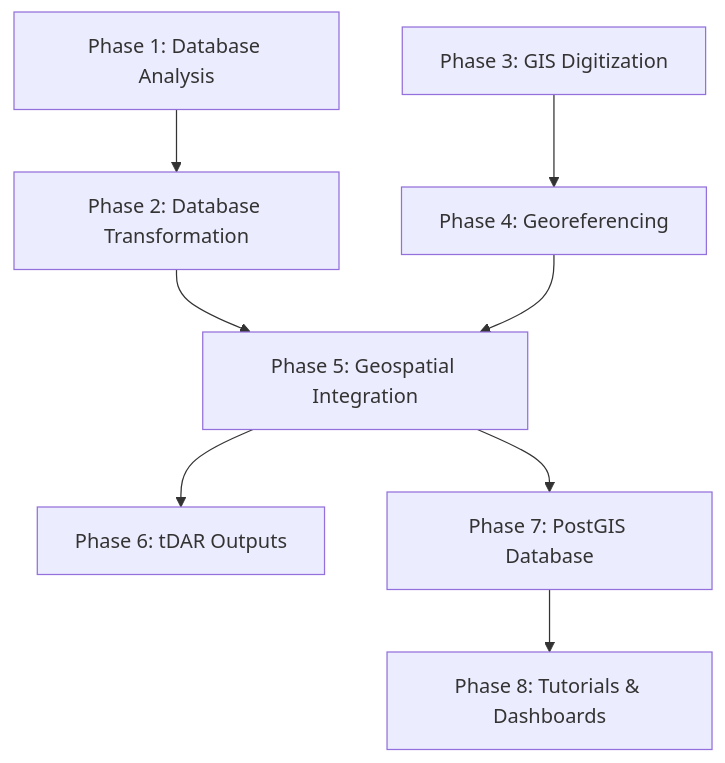
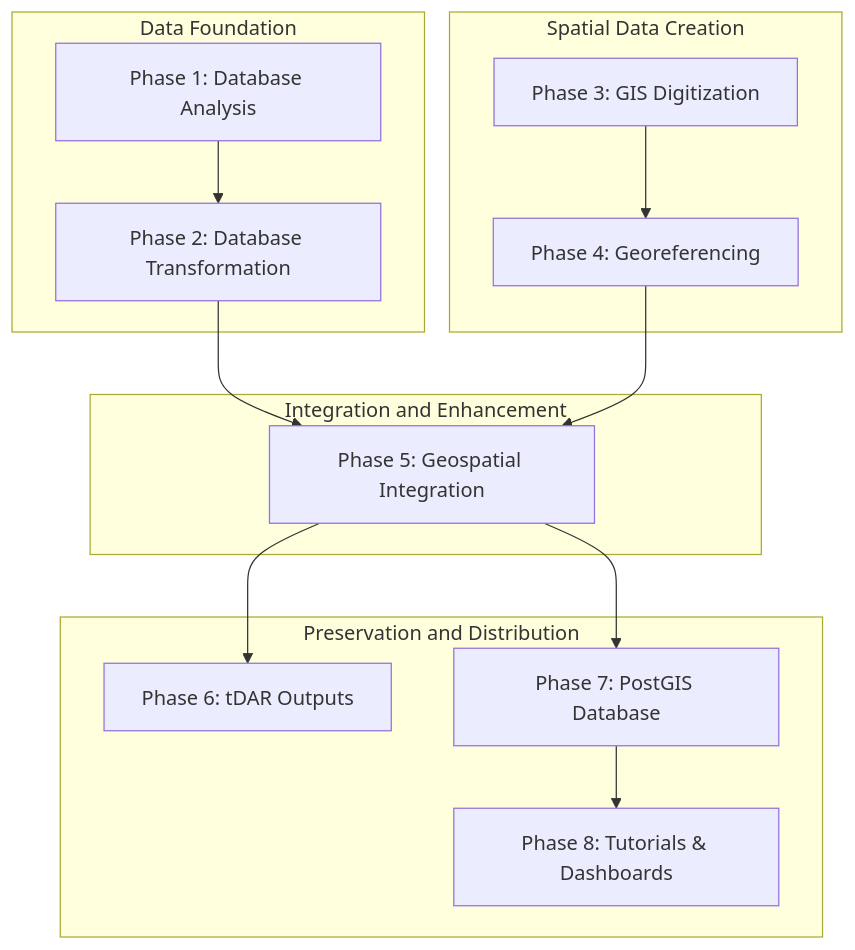
The diagram in docs/overview.md (rcesaret/DigitalTMP), drawn with Mermaid before and after one commit. The commit also changed other lines of this file, not shown here.

````diff
--- a/docs/overview.md
+++ b/docs/overview.md
@@ -390,19 +295,21 @@
 ```mermaid
 graph TD
-    Phase1[Phase 1: Database Analysis]
-    Phase2[Phase 2: Database Transformation]
-    Phase3[Phase 3: GIS Digitization]
-    Phase4[Phase 4: Georeferencing]
-    Phase5[Phase 5: Geospatial Integration]
-    Phase6[Phase 6: tDAR Outputs]
-    Phase7[Phase 7: PostGIS Database]
-    Phase8[Phase 8: Tutorials & Dashboards]
+    subgraph "Data Foundation"
+        Phase1[Phase 1: Database Analysis] --> Phase2[Phase 2: Database Transformation];
+    end
 
-    Phase1 --> Phase2
-    Phase3 --> Phase4
-    Phase2 --> Phase5
-    Phase4 --> Phase5
-    Phase5 --> Phase6
-    Phase5 --> Phase7
-    Phase7 --> Phase8
+    subgraph "Spatial Data Creation"
+        Phase3[Phase 3: GIS Digitization] --> Phase4[Phase 4: Georeferencing];
+    end
+
+    subgraph "Integration and Enhancement"
+        Phase2 --> Phase5[Phase 5: Geospatial Integration];
+        Phase4 --> Phase5;
+    end
+
+    subgraph "Preservation and Distribution"
+        Phase5 --> Phase6[Phase 6: tDAR Outputs];
+        Phase5 --> Phase7[Phase 7: PostGIS Database];
+        Phase7 --> Phase8[Phase 8: Tutorials & Dashboards];
+    end
 ```
````
